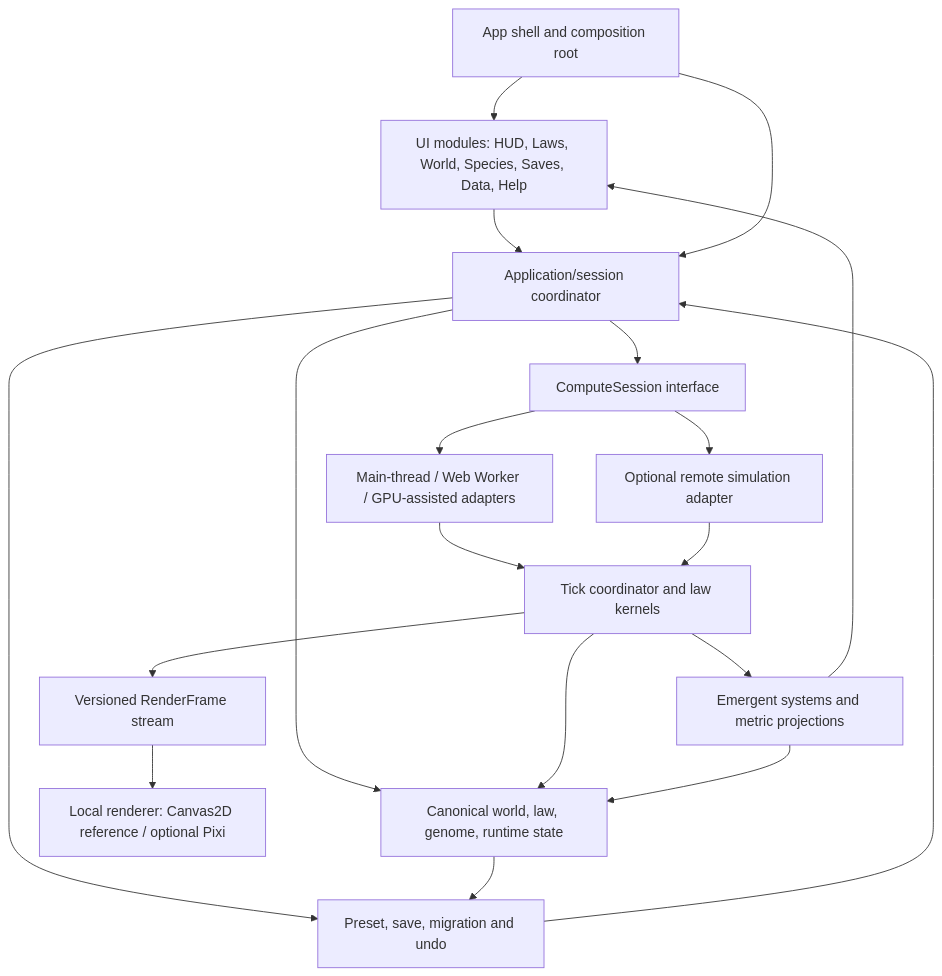
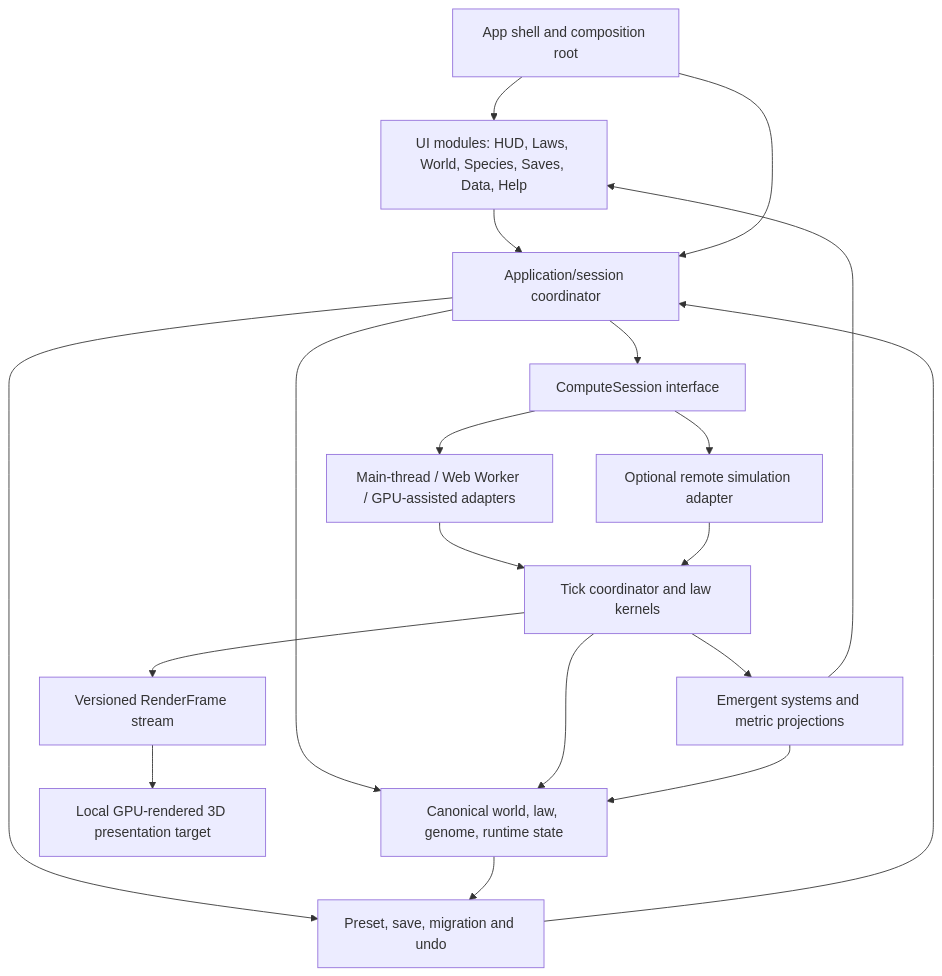
Before and after one commit to DayneK/vepa: the first of 4 diagrams in docs/spec/rb/MASTER_SPEC.md, drawn with Mermaid. The commit also changed other lines of this file and 73 other files, not shown here.

````diff
--- a/docs/spec/rb/MASTER_SPEC.md
+++ b/docs/spec/rb/MASTER_SPEC.md
@@ -59,33 +63,33 @@
 ```mermaid
 flowchart TB
   Shell[App shell and composition root]
   UI[UI modules: HUD, Laws, World, Species, Saves, Data, Help]
   App[Application/session coordinator]
   State[Canonical world, law, genome, runtime state]
   Persist[Preset, save, migration and undo]
   Exec[ComputeSession interface]
   Local[Main-thread / Web Worker / GPU-assisted adapters]
   Remote[Optional remote simulation adapter]
   Solver[Tick coordinator and law kernels]
   Engines[Emergent systems and metric projections]
   Frames[Versioned RenderFrame stream]
-  Render[Local renderer: Canvas2D reference / optional Pixi]
+  Render[Local GPU-rendered 3D presentation target]
   UI --> App
   Shell --> UI
   Shell --> App
   App --> State
   App --> Persist
   App --> Exec
   Exec --> Local
   Exec --> Remote
   Local --> Solver
   Remote --> Solver
   Solver --> State
   Solver --> Engines
   Solver --> Frames
   Engines --> State
   Engines --> UI
   Frames --> Render
   State --> Persist
   Persist --> App
 ```
````
